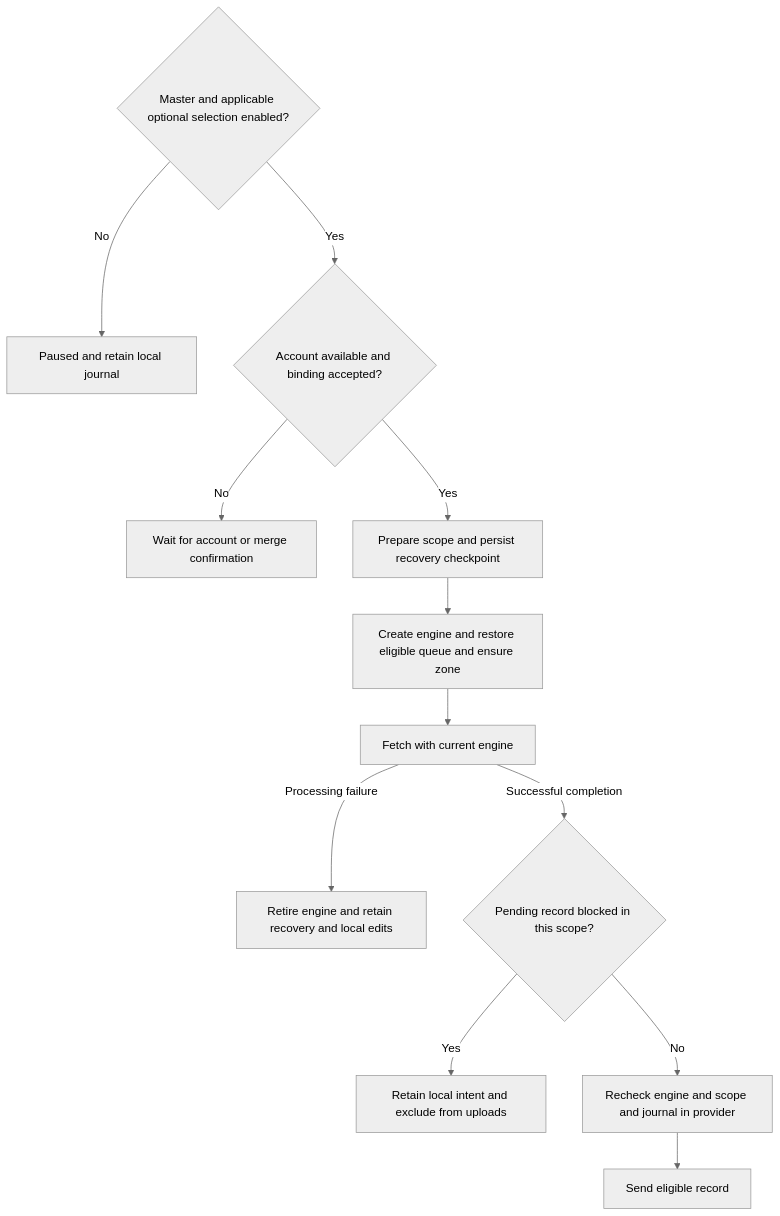
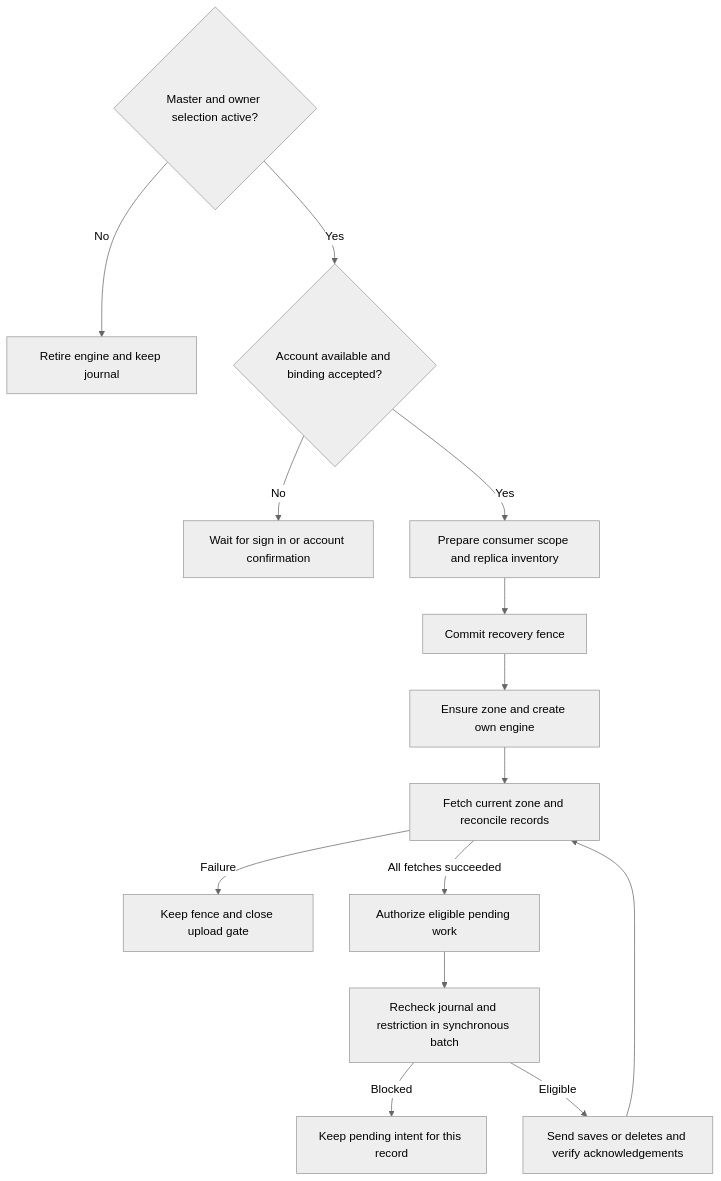
Before and after one commit to AkinoKaede/Termind: the diagram in openwiki/workflows/settings-and-cloud-sync.md, drawn with Mermaid (neutral theme). The commit also changed other lines of this file and 49 other files, not shown here.

````diff
--- a/openwiki/workflows/settings-and-cloud-sync.md
+++ b/openwiki/workflows/settings-and-cloud-sync.md
@@ -140,14 +105,16 @@
 ```mermaid
 flowchart TD
-    Enabled{"Master and applicable optional selection enabled?"} -->|No| Paused["Paused and retain local journal"]
-    Enabled -->|Yes| Account{"Account available and binding accepted?"}
-    Account -->|No| Waiting["Wait for account or merge confirmation"]
-    Account -->|Yes| Prepare["Prepare scope and persist recovery checkpoint"]
-    Prepare --> Engine["Create engine and restore eligible queue and ensure zone"]
-    Engine --> Fetch["Fetch with current engine"]
-    Fetch -->|Processing failure| Retired["Retire engine and retain recovery and local edits"]
-    Fetch -->|Successful completion| Gate{"Pending record blocked in this scope?"}
-    Gate -->|Yes| Held["Retain local intent and exclude from uploads"]
-    Gate -->|No| Provider["Recheck engine and scope and journal in provider"]
-    Provider --> Send["Send eligible record"]
+    Selection{"Master and owner selection active?"} -->|No| Paused["Retire engine and keep journal"]
+    Selection -->|Yes| Binding{"Account available and binding accepted?"}
+    Binding -->|No| Waiting["Wait for sign in or account confirmation"]
+    Binding -->|Yes| Prepare["Prepare consumer scope and replica inventory"]
+    Prepare --> Fence["Commit recovery fence"]
+    Fence --> Engine["Ensure zone and create own engine"]
+    Engine --> Fetch["Fetch current zone and reconcile records"]
+    Fetch -->|Failure| Closed["Keep fence and close upload gate"]
+    Fetch -->|All fetches succeeded| Ready["Authorize eligible pending work"]
+    Ready --> Batch["Recheck journal and restriction in synchronous batch"]
+    Batch -->|Blocked| Held["Keep pending intent for this record"]
+    Batch -->|Eligible| Send["Send saves or deletes and verify acknowledgements"]
+    Send --> Fetch
 ```
````
